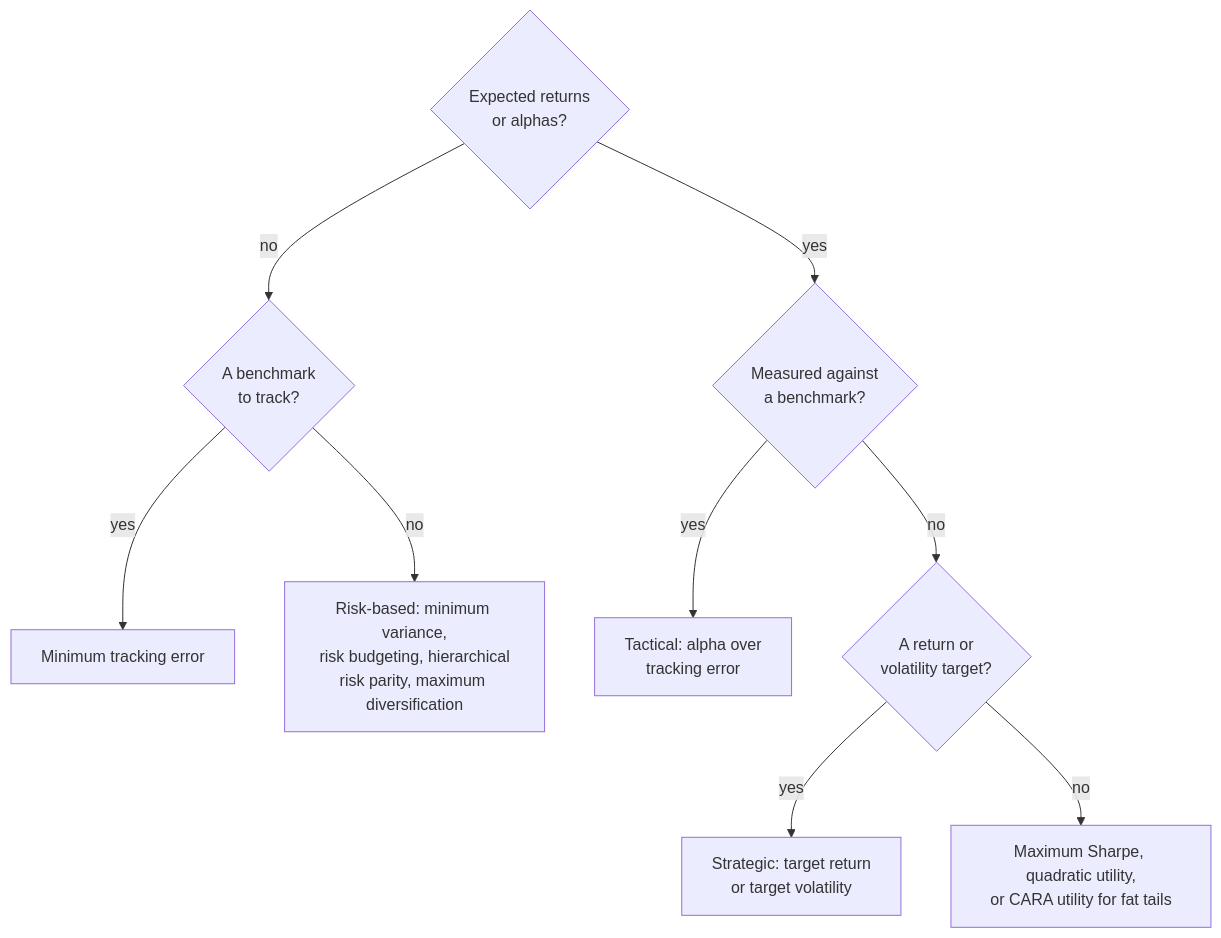
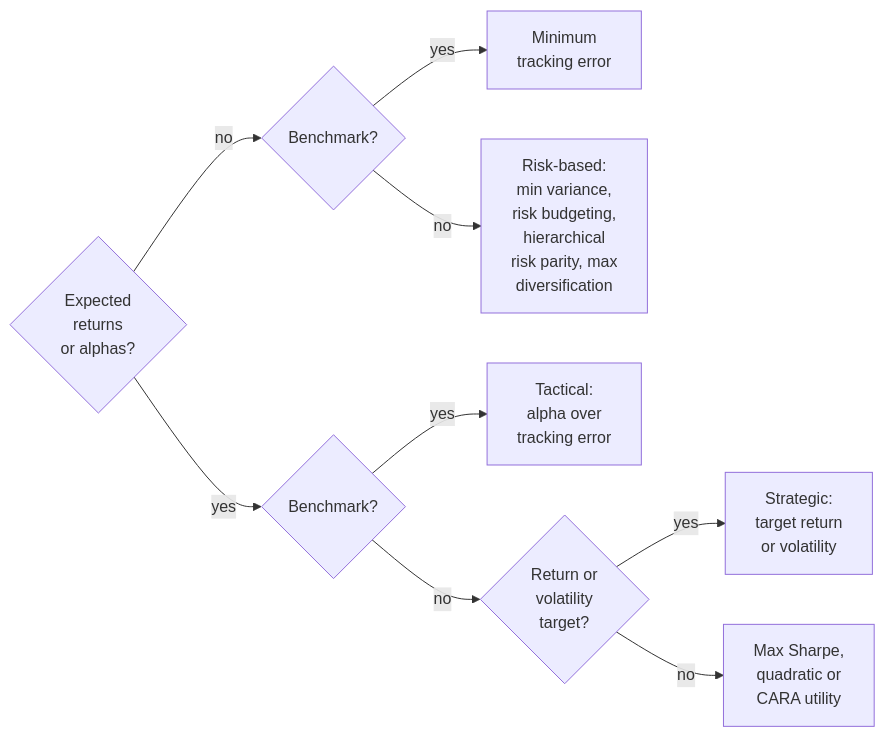
The diagram in docs/optimization_module_readme.md (ArturSepp/OptimalPortfolios), drawn with Mermaid before and after one commit. The commit also changed other lines of this file and 25 other files, not shown here.

````diff
--- a/docs/optimization_module_readme.md
+++ b/docs/optimization_module_readme.md
@@ -35,12 +35,12 @@
 ```mermaid
-flowchart TD
-    Q1{"Expected returns<br/>or alphas?"}
-    Q1 -- "no" --> Q2{"A benchmark<br/>to track?"}
-    Q2 -- "yes" --> MTE["Minimum tracking error"]
-    Q2 -- "no" --> RISK["Risk-based: minimum variance,<br/>risk budgeting, hierarchical<br/>risk parity, maximum diversification"]
-    Q1 -- "yes" --> Q3{"Measured against<br/>a benchmark?"}
-    Q3 -- "yes" --> TAA["Tactical: alpha over<br/>tracking error"]
-    Q3 -- "no" --> Q4{"A return or<br/>volatility target?"}
-    Q4 -- "yes" --> SAA["Strategic: target return<br/>or target volatility"]
-    Q4 -- "no" --> MV["Maximum Sharpe, quadratic utility,<br/>or CARA utility for fat tails"]
+flowchart LR
+    Q1{"Expected<br/>returns<br/>or alphas?"}
+    Q1 -- "no" --> Q2{"Benchmark?"}
+    Q2 -- "yes" --> MTE["Minimum<br/>tracking error"]
+    Q2 -- "no" --> RISK["Risk-based:<br/>min variance,<br/>risk budgeting,<br/>hierarchical<br/>risk parity, max<br/>diversification"]
+    Q1 -- "yes" --> Q3{"Benchmark?"}
+    Q3 -- "yes" --> TAA["Tactical:<br/>alpha over<br/>tracking error"]
+    Q3 -- "no" --> Q4{"Return or<br/>volatility<br/>target?"}
+    Q4 -- "yes" --> SAA["Strategic:<br/>target return<br/>or volatility"]
+    Q4 -- "no" --> MV["Max Sharpe,<br/>quadratic or<br/>CARA utility"]
 ```
````
